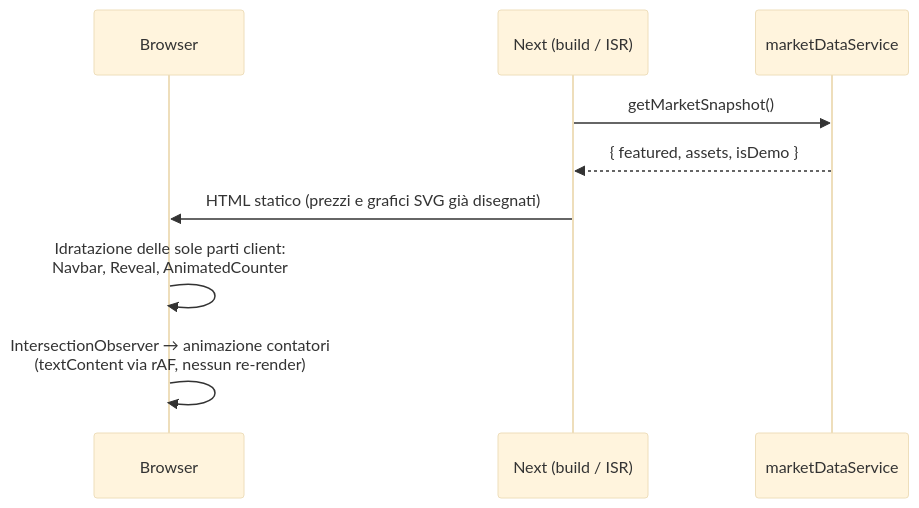
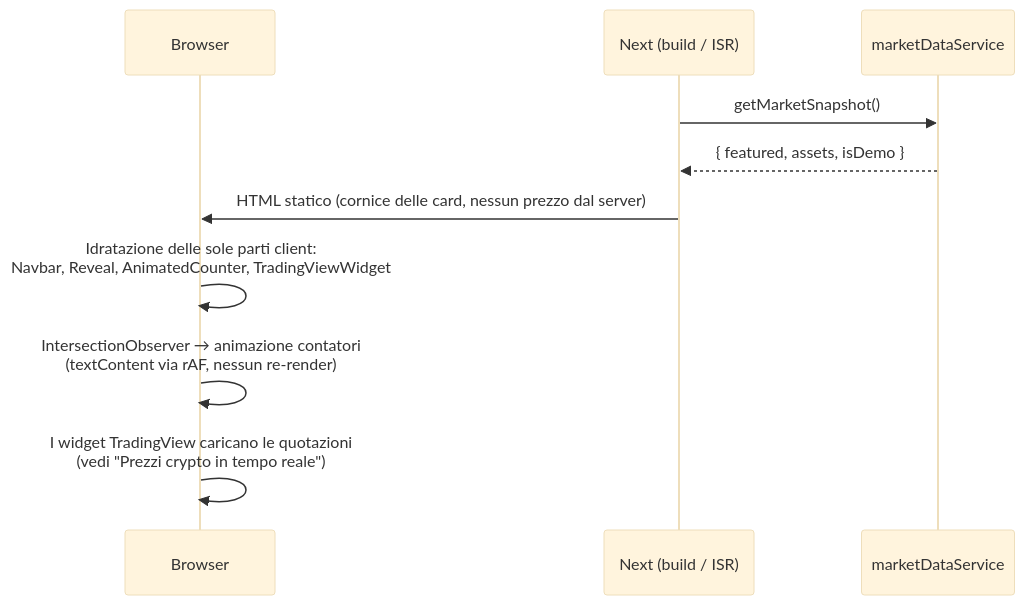
One commit to davide963-ux/cr changed the third of 3 diagrams in README.md. Above: the diagram before and after it, drawn with Mermaid (base theme). The commit also changed other lines of this file and 11 other files, not shown here.

````diff
--- a/README.md
+++ b/README.md
@@ -57,11 +114,12 @@
 ```mermaid
 sequenceDiagram
     participant B as Browser
     participant N as Next (build / ISR)
     participant S as marketDataService
     N->>S: getMarketSnapshot()
     S-->>N: { featured, assets, isDemo }
-    N->>B: HTML statico (prezzi e grafici SVG già disegnati)
-    B->>B: Idratazione delle sole parti client:<br/>Navbar, Reveal, AnimatedCounter
+    N->>B: HTML statico (cornice delle card, nessun prezzo dal server)
+    B->>B: Idratazione delle sole parti client:<br/>Navbar, Reveal, AnimatedCounter, TradingViewWidget
     B->>B: IntersectionObserver → animazione contatori<br/>(textContent via rAF, nessun re-render)
+    B->>B: I widget TradingView caricano le quotazioni<br/>(vedi "Prezzi crypto in tempo reale")
 ```
````
